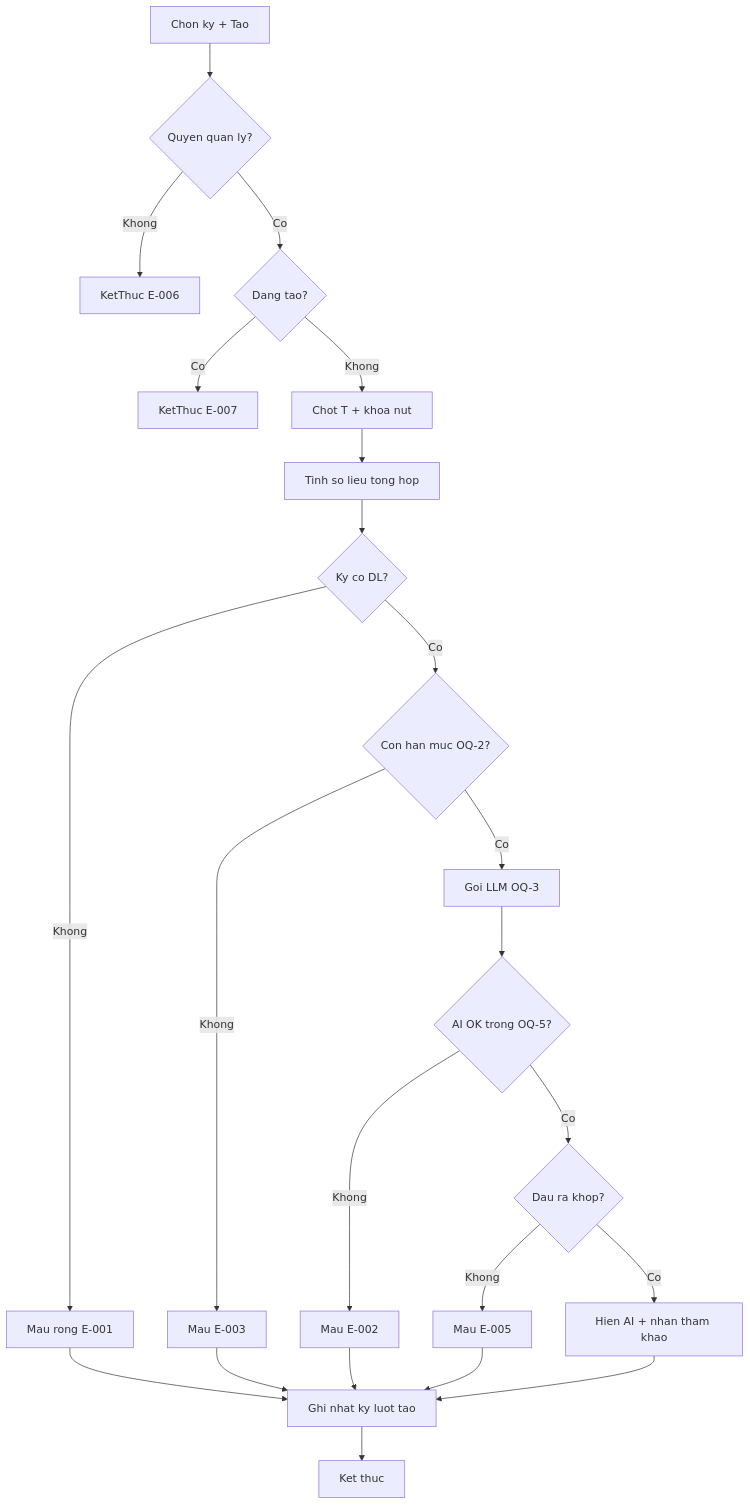
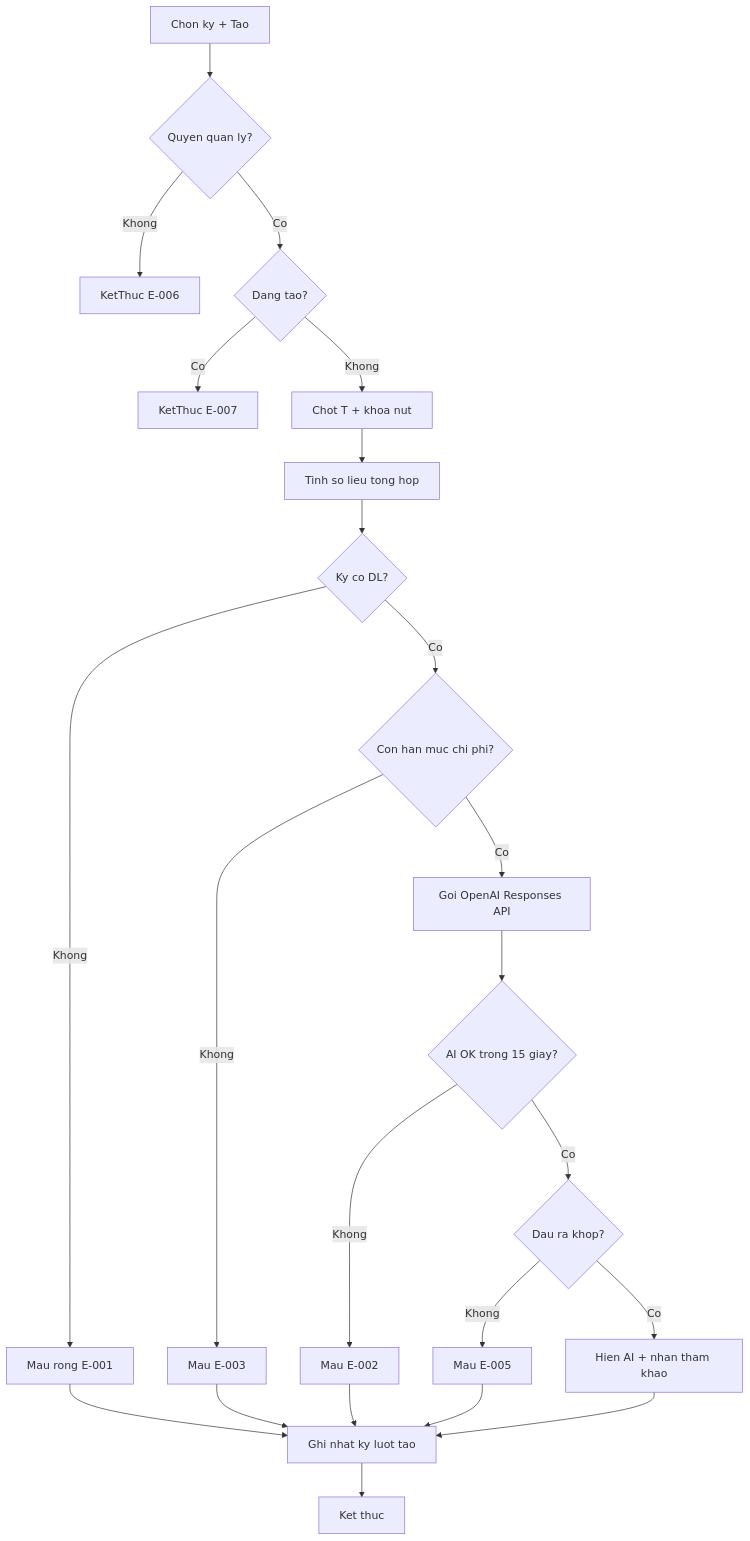
Before and after one commit to DatTran26/khachsan-di-dong: the second of 3 diagrams in docs/features/ai-ops-summary/srs/ai-ops-summary-flows.md, drawn with Mermaid. The commit also changed 101 other files, not shown here.

````diff
--- a/docs/features/ai-ops-summary/srs/ai-ops-summary-flows.md
+++ b/docs/features/ai-ops-summary/srs/ai-ops-summary-flows.md
@@ -63,25 +63,25 @@
 ```mermaid
 flowchart TD
     A["Chon ky + Tao"] --> B{"Quyen quan ly?"}
     B -->|"Khong"| Z1["KetThuc E-006"]
     B -->|"Co"| C{"Dang tao?"}
     C -->|"Co"| Z2["KetThuc E-007"]
     C -->|"Khong"| D["Chot T + khoa nut"]
     D --> E["Tinh so lieu tong hop"]
     E --> F{"Ky co DL?"}
     F -->|"Khong"| M1["Mau rong E-001"]
-    F -->|"Co"| G{"Con han muc OQ-2?"}
+    F -->|"Co"| G{"Con han muc chi phi?"}
     G -->|"Khong"| M2["Mau E-003"]
-    G -->|"Co"| H["Goi LLM OQ-3"]
-    H --> I{"AI OK trong OQ-5?"}
+    G -->|"Co"| H["Goi OpenAI Responses API"]
+    H --> I{"AI OK trong 15 giay?"}
     I -->|"Khong"| M3["Mau E-002"]
     I -->|"Co"| J{"Dau ra khop?"}
     J -->|"Khong"| M4["Mau E-005"]
     J -->|"Co"| K["Hien AI + nhan tham khao"]
     M1 --> L["Ghi nhat ky luot tao"]
     M2 --> L
     M3 --> L
     M4 --> L
     K --> L
     L --> END["Ket thuc"]
 ```
````
